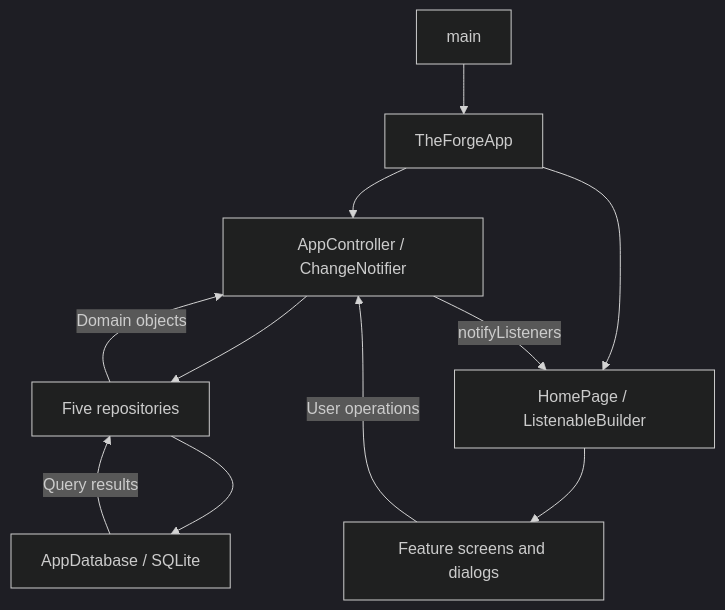
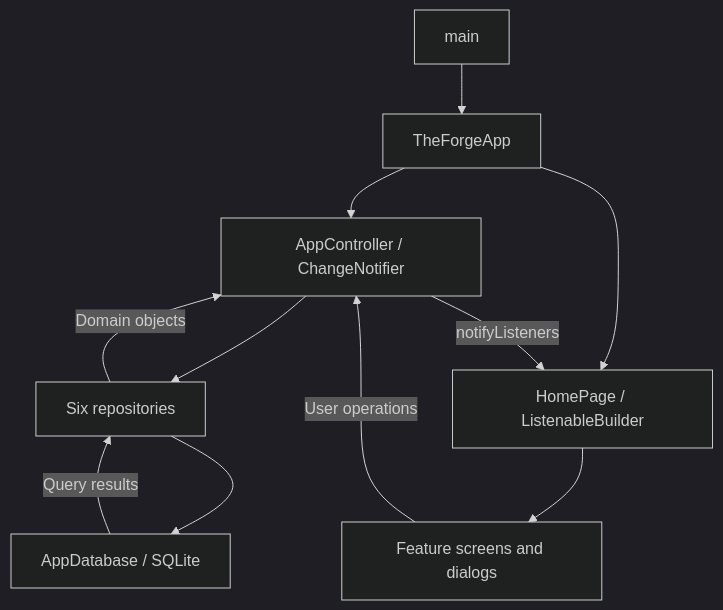
One commit to cesarombredane/the_forge changed the first of 2 diagrams in ARCHITECTURE.md. Above: the diagram before and after it, drawn with Mermaid (dark theme). The commit also changed other lines of this file and 17 other files, not shown here.

````diff
--- a/ARCHITECTURE.md
+++ b/ARCHITECTURE.md
@@ -47,13 +49,13 @@
 ```mermaid
 flowchart TD
     Main[main] --> Root[TheForgeApp]
     Root --> Controller[AppController / ChangeNotifier]
     Root --> Home[HomePage / ListenableBuilder]
     Home --> Screens[Feature screens and dialogs]
     Screens -->|User operations| Controller
-    Controller --> Repositories[Five repositories]
+    Controller --> Repositories[Six repositories]
     Repositories --> DB[AppDatabase / SQLite]
     DB -->|Query results| Repositories
     Repositories -->|Domain objects| Controller
     Controller -->|notifyListeners| Home
 ```
````
